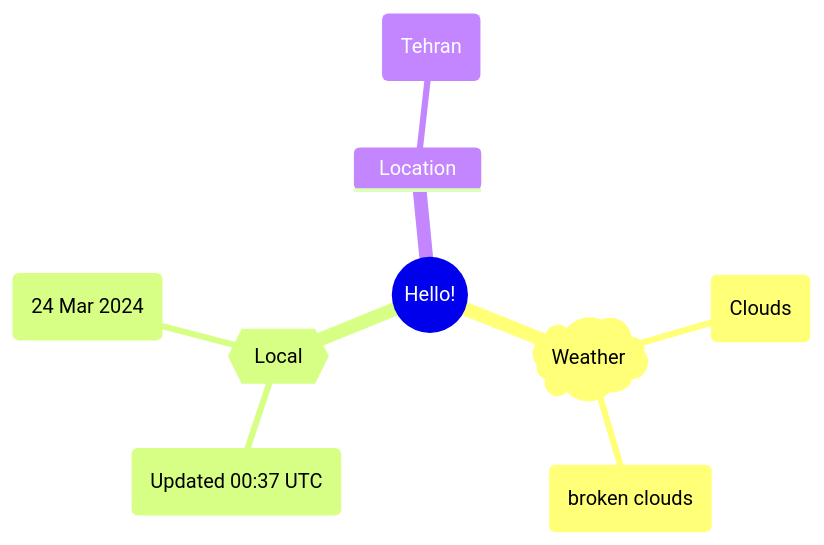
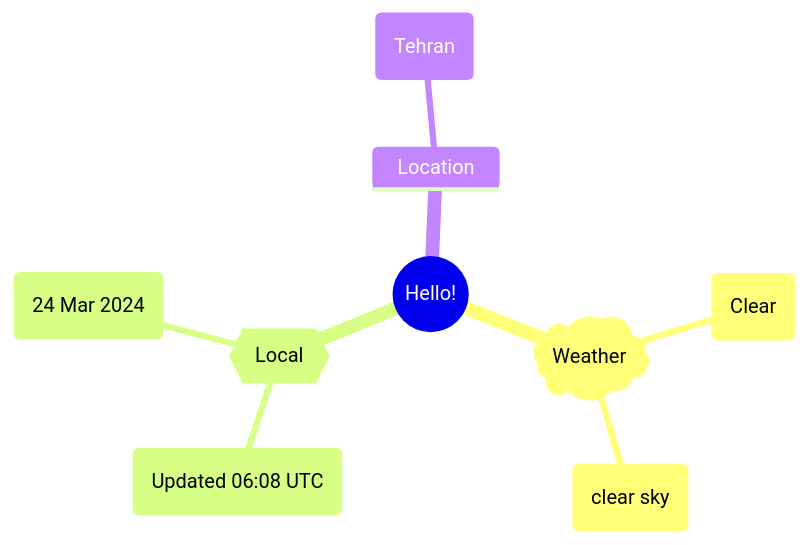
Before and after one commit to Xosrov/Xosrov: the first of 2 diagrams in README.md, drawn with Mermaid.

Commit message:
[bot] updated images

````diff
--- a/README.md
+++ b/README.md
@@ -3,12 +3,12 @@
 ```mermaid
 mindmap
   root((Hello!))
     )Weather(
-        (Clouds)
-        (broken clouds)
+        (Clear)
+        (clear sky)
     {{Local}}
-        (Updated 00:37 UTC)
+        (Updated 06:08 UTC)
         (24 Mar 2024)
     Location
         (Tehran)
 ```
````
